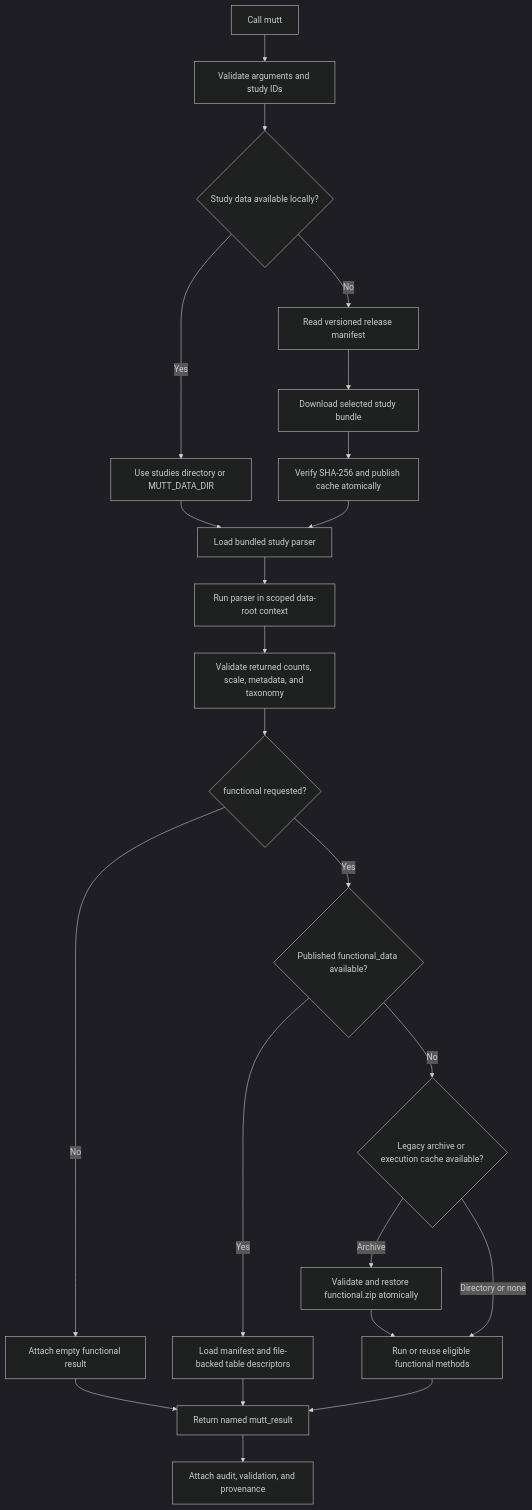
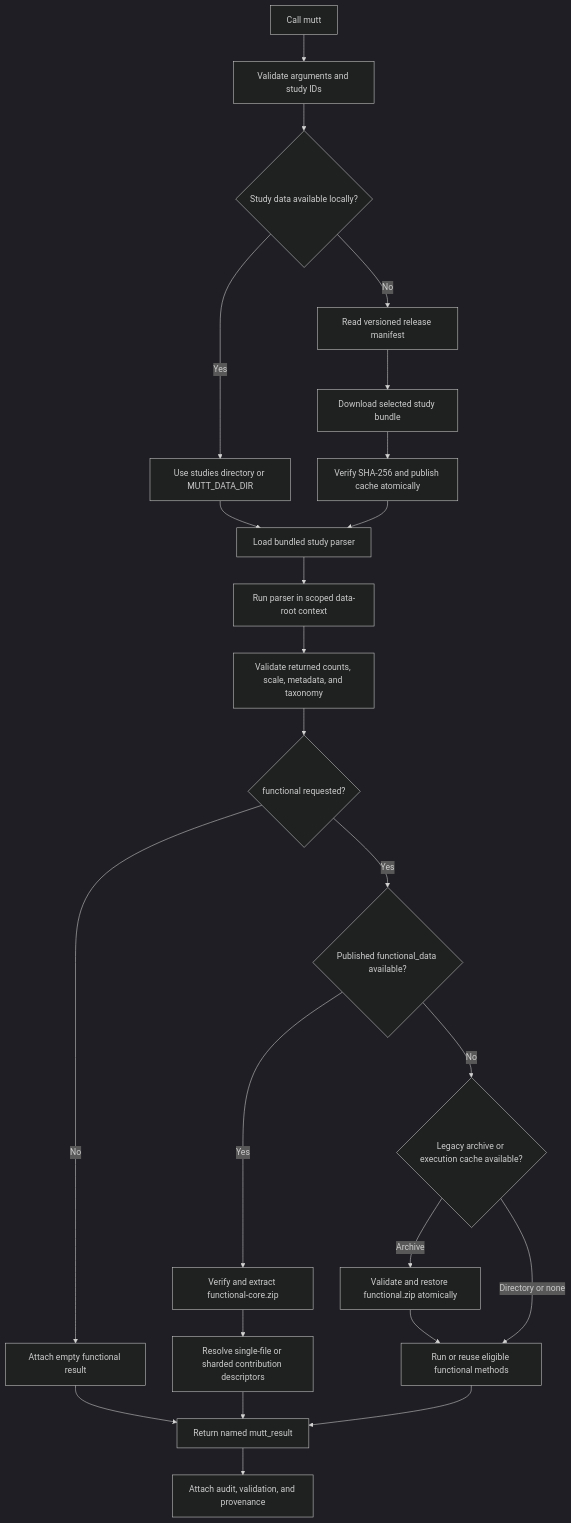
One commit to Silverman-Lab/mutt changed the diagram in README.md. Above: the diagram before and after it, drawn with Mermaid (dark theme). The commit also changed other lines of this file and 7 other files, not shown here.

Commit message:
Bundle functional core and shard contributions

````diff
--- a/README.md
+++ b/README.md
@@ -179,25 +189,26 @@
 ```mermaid
 flowchart TD
     A[Call mutt] --> B[Validate arguments and study IDs]
     B --> C{Study data available locally?}
     C -->|Yes| D[Use studies directory or MUTT_DATA_DIR]
     C -->|No| E[Read versioned release manifest]
     E --> F[Download selected study bundle]
     F --> G[Verify SHA-256 and publish cache atomically]
     D --> H[Load bundled study parser]
     G --> H
     H --> I[Run parser in scoped data-root context]
     I --> J[Validate returned counts, scale, metadata, and taxonomy]
     J --> K{functional requested?}
     K -->|No| L[Attach empty functional result]
     K -->|Yes| M{Published functional_data available?}
-    M -->|Yes| P[Load manifest and file-backed table descriptors]
+    M -->|Yes| P[Verify and extract functional-core.zip]
+    P --> T[Resolve single-file or sharded contribution descriptors]
     M -->|No| Q{Legacy archive or execution cache available?}
     Q -->|Archive| S[Validate and restore functional.zip atomically]
     Q -->|Directory or none| R[Run or reuse eligible functional methods]
     S --> R
-    P --> N[Return named mutt_result]
+    T --> N[Return named mutt_result]
     L --> N
     R --> N
     N --> O[Attach audit, validation, and provenance]
 ```
````
